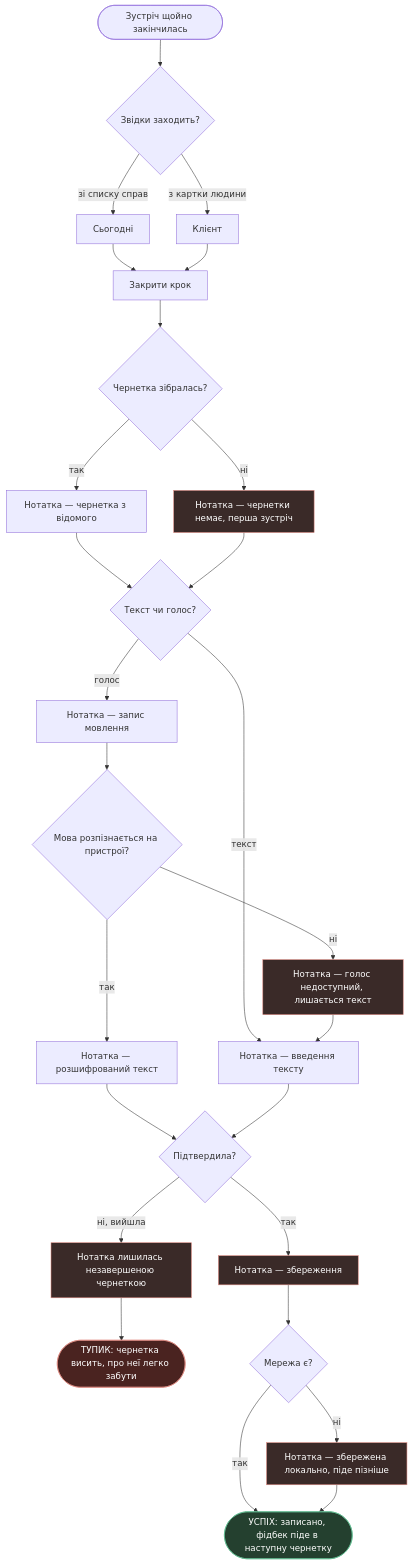
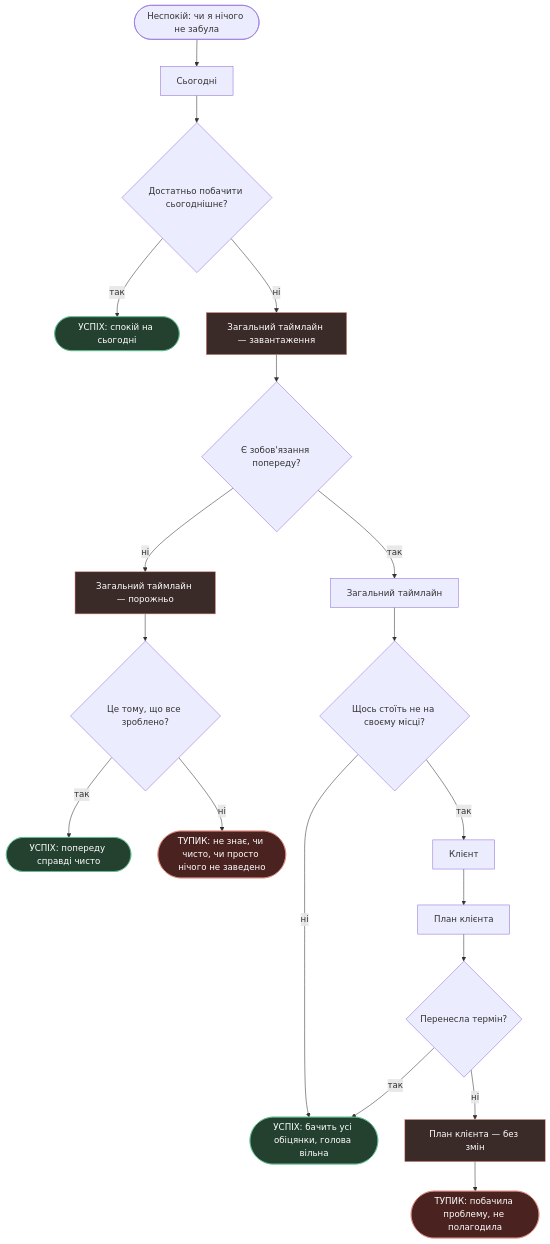
Before and after one commit to OYerokhina/AI_product: the second of 4 diagrams in flows.md, drawn with Mermaid. The commit also changed other lines of this file and 1 other file, not shown here.

First line of the commit message:
Redraw the flows around the reframed main job

````diff
--- a/flows.md
+++ b/flows.md
@@ -91,35 +126,28 @@
 ```mermaid
 flowchart TD
-    FIN(["Зустріч щойно закінчилась"]) --> WHERE{"Звідки заходить?"}
-    WHERE -->|зі списку справ| TODAY["Сьогодні"]
-    WHERE -->|з картки людини| CARD["Клієнт"]
-    TODAY --> CLOSE["Закрити крок"]
-    CARD --> CLOSE
-    CLOSE --> DRAFT{"Чернетка зібралась?"}
-    DRAFT -->|так| FILLED["Нотатка — чернетка з відомого"]
-    DRAFT -->|ні| BLANK["Нотатка — чернетки немає, перша зустріч"]
-    FILLED --> INPUT{"Текст чи голос?"}
-    BLANK --> INPUT
-    INPUT -->|текст| TYPE["Нотатка — введення тексту"]
-    INPUT -->|голос| REC["Нотатка — запис мовлення"]
-    REC --> LANG{"Мова розпізнається на пристрої?"}
-    LANG -->|так| DECODED["Нотатка — розшифрований текст"]
-    LANG -->|ні| FALLBACK["Нотатка — голос недоступний, лишається текст"]
-    FALLBACK --> TYPE
-    DECODED --> CONFIRM{"Підтвердила?"}
-    TYPE --> CONFIRM
-    CONFIRM -->|ні, вийшла| KEPT["Нотатка лишилась незавершеною чернеткою"]
-    KEPT --> DEAD3(["ТУПИК: чернетка висить, про неї легко забути"])
-    CONFIRM -->|так| SAVING["Нотатка — збереження"]
-    SAVING --> NET{"Мережа є?"}
-    NET -->|так| OK(["УСПІХ: записано, фідбек піде в наступну чернетку"])
-    NET -->|ні| QUEUE["Нотатка — збережена локально, піде пізніше"]
-    QUEUE --> OK
+    WORRY(["Неспокій: чи я нічого не забула"]) --> TODAY["Сьогодні"]
+    TODAY --> ENOUGH{"Достатньо побачити сьогоднішнє?"}
+    ENOUGH -->|так| OK1(["УСПІХ: спокій на сьогодні"])
+    ENOUGH -->|ні| TL["Загальний таймлайн — завантаження"]
+    TL --> HAS{"Є зобов'язання попереду?"}
+    HAS -->|так| VIEW["Загальний таймлайн"]
+    HAS -->|ні| EMPTY["Загальний таймлайн — порожньо"]
+    EMPTY --> WHY{"Це тому, що все зроблено?"}
+    WHY -->|так| OK2(["УСПІХ: попереду справді чисто"])
+    WHY -->|ні| DEAD1(["ТУПИК: не знає, чи чисто, чи просто нічого не заведено"])
+    VIEW --> WRONG{"Щось стоїть не на своєму місці?"}
+    WRONG -->|ні| OK3(["УСПІХ: бачить усі обіцянки, голова вільна"])
+    WRONG -->|так| CARD["Клієнт"]
+    CARD --> PLAN["План клієнта"]
+    PLAN --> MOVE{"Перенесла термін?"}
+    MOVE -->|так| OK3
+    MOVE -->|ні| STUCK["План клієнта — без змін"]
+    STUCK --> DEAD2(["ТУПИК: побачила проблему, не полагодила"])
 
     classDef state fill:#3a2a28,stroke:#E08A80,color:#ffffff
     classDef dead fill:#4a2320,stroke:#E08A80,color:#ffffff
     classDef ok fill:#24402f,stroke:#5FBF92,color:#ffffff
-    class BLANK,FALLBACK,SAVING,QUEUE,KEPT state
-    class DEAD3 dead
-    class OK ok
+    class TL,EMPTY,STUCK state
+    class DEAD1,DEAD2 dead
+    class OK1,OK2,OK3 ok
 ```
````
